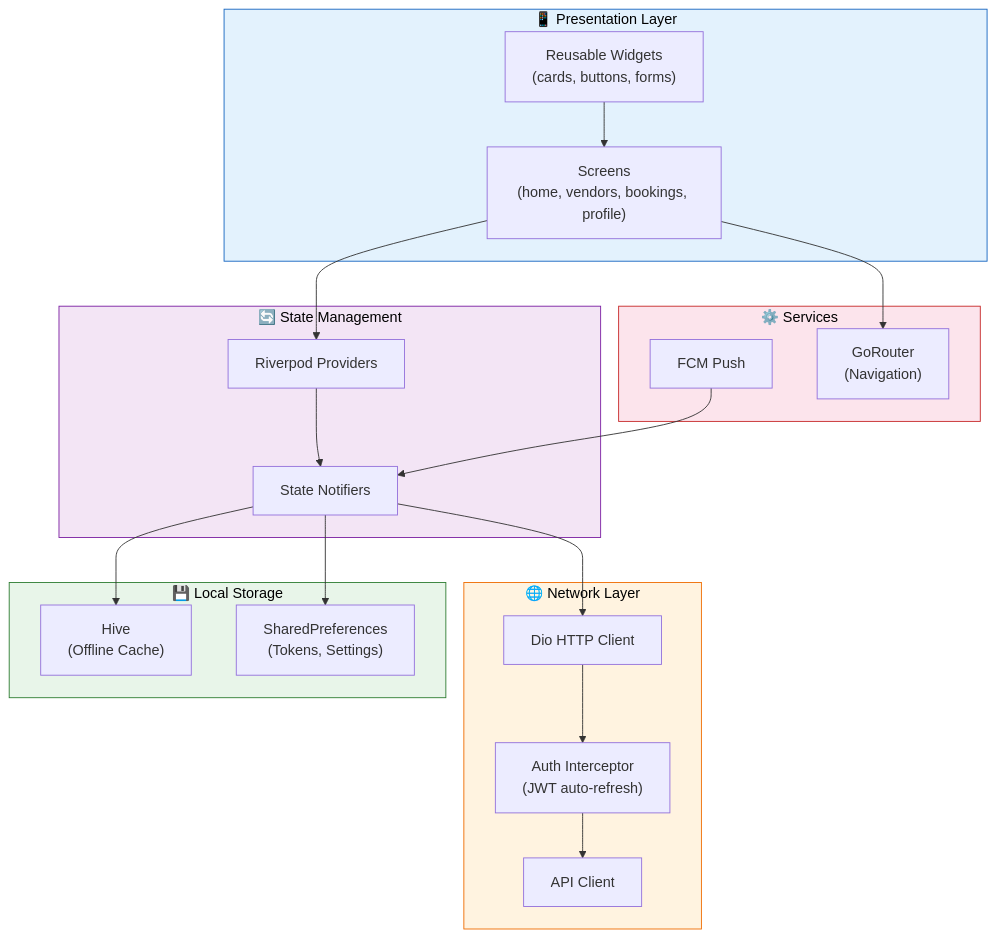
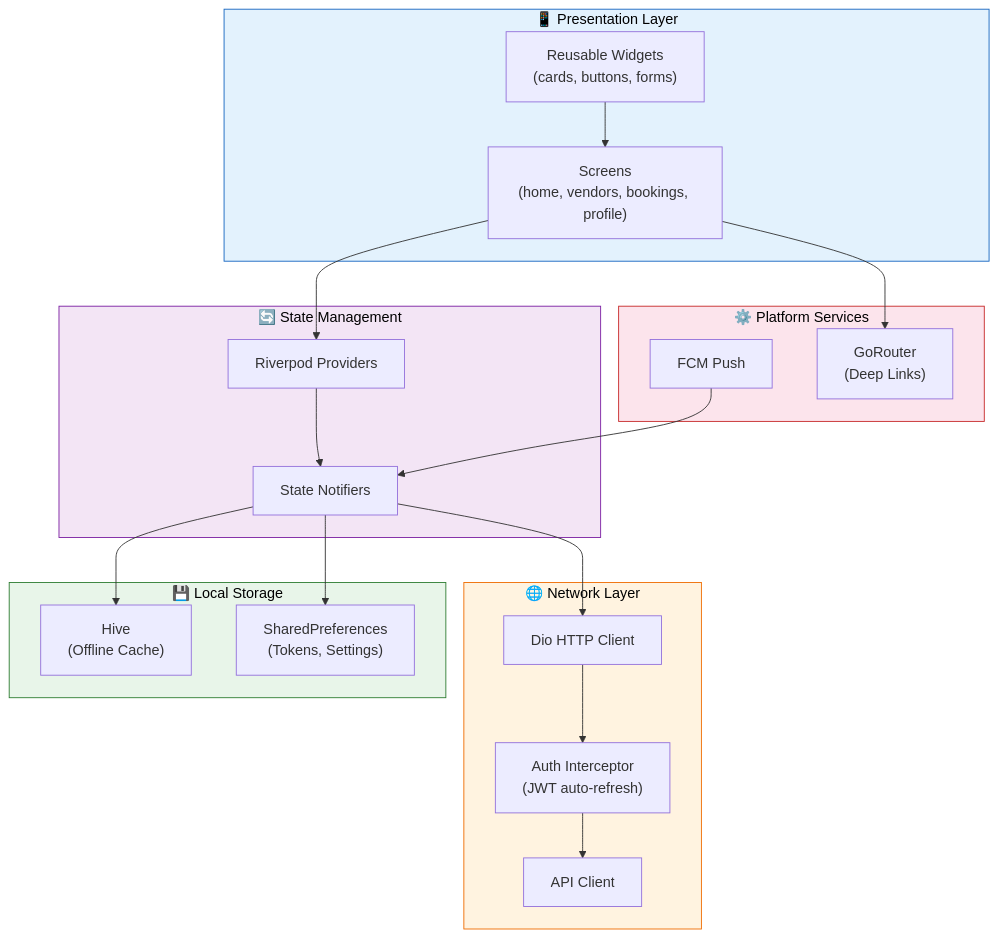
One commit to harib8000/wed changed diagram 19 of 33 in README.md. Above: the diagram before and after it, drawn with Mermaid. The commit also changed other lines of this file and 11 other files, not shown here.

First line of the commit message:
docs: world-class golden standard README — 3563 lines, 33 mermaid diagrams, 35 sections, 111 sub-headings

````diff
--- a/README.md
+++ b/README.md
@@ -1088,44 +1759,44 @@
 ```mermaid
 flowchart TD
     subgraph UI["📱 Presentation Layer"]
         SCREENS["Screens<br/>(home, vendors, bookings, profile)"]
         WIDGETS["Reusable Widgets<br/>(cards, buttons, forms)"]
     end
 
     subgraph STATE["🔄 State Management"]
         RIVERPOD["Riverpod Providers"]
         NOTIFIERS["State Notifiers"]
     end
 
     subgraph NETWORK["🌐 Network Layer"]
         DIO["Dio HTTP Client"]
         INTERCEPTOR["Auth Interceptor<br/>(JWT auto-refresh)"]
         API["API Client"]
     end
 
     subgraph LOCAL["💾 Local Storage"]
         HIVE["Hive<br/>(Offline Cache)"]
         PREFS["SharedPreferences<br/>(Tokens, Settings)"]
     end
 
-    subgraph SERVICES_LAYER["⚙️ Services"]
+    subgraph SERVICES_LAYER["⚙️ Platform Services"]
         FCM_S["FCM Push"]
-        ROUTER["GoRouter<br/>(Navigation)"]
+        ROUTER["GoRouter<br/>(Deep Links)"]
     end
 
     SCREENS --> RIVERPOD
     WIDGETS --> SCREENS
     RIVERPOD --> NOTIFIERS
     NOTIFIERS --> DIO
     DIO --> INTERCEPTOR --> API
     NOTIFIERS --> HIVE
     NOTIFIERS --> PREFS
     SCREENS --> ROUTER
     FCM_S --> NOTIFIERS
 
     style UI fill:#e3f2fd,stroke:#1565c0,color:#000
     style STATE fill:#f3e5f5,stroke:#7b1fa2,color:#000
     style NETWORK fill:#fff3e0,stroke:#ef6c00,color:#000
     style LOCAL fill:#e8f5e9,stroke:#2e7d32,color:#000
     style SERVICES_LAYER fill:#fce4ec,stroke:#c62828,color:#000
 ```
````
